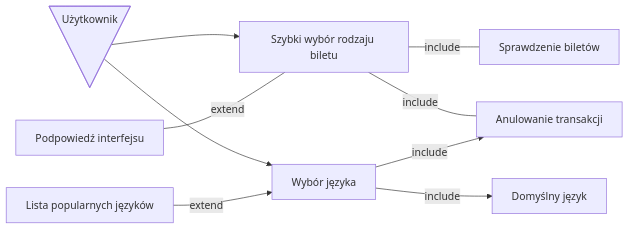
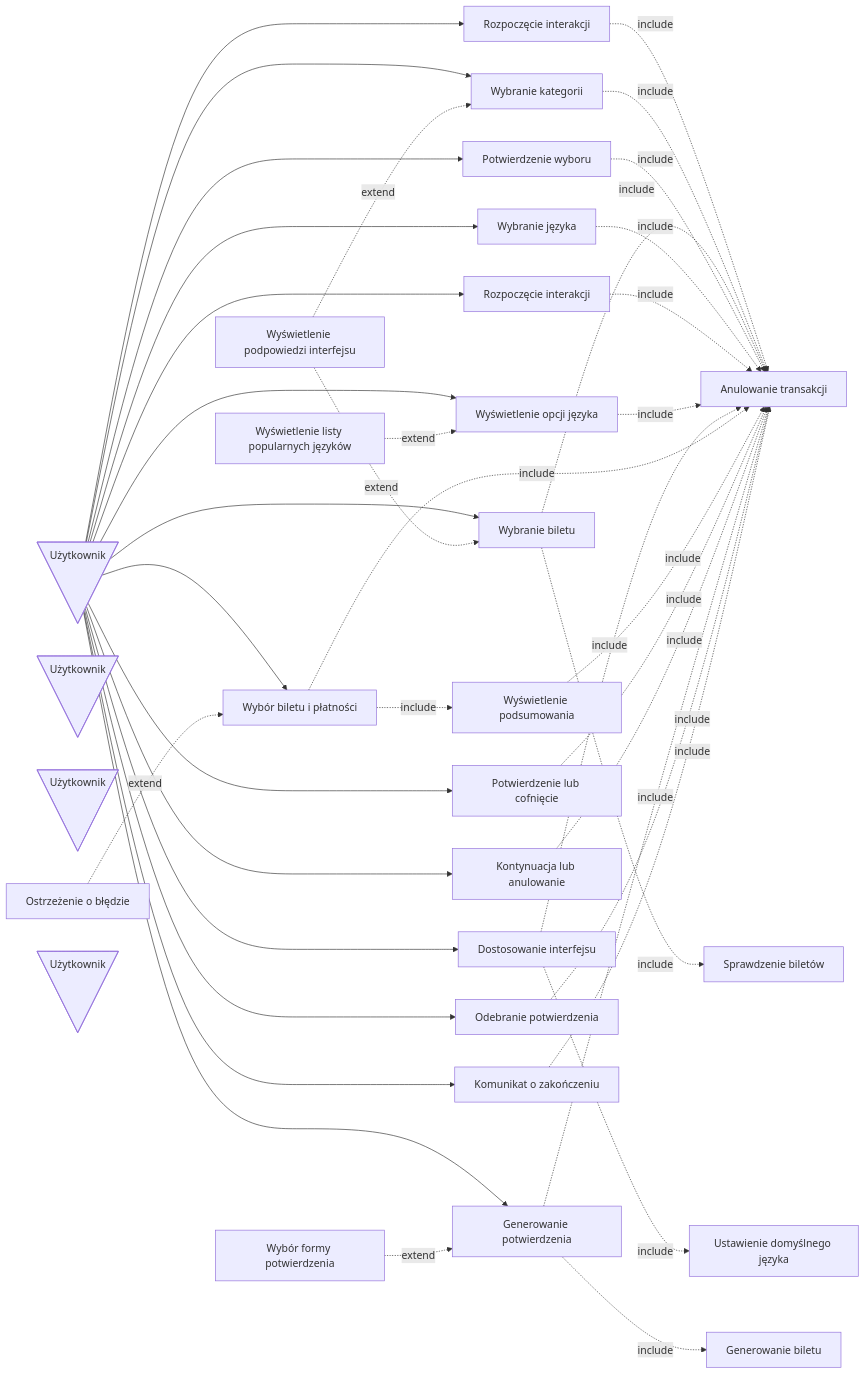
Before and after one commit to MarcinMarszewski/dowolna_nazwa: the second of 2 diagrams in userstories/user.md, drawn with Mermaid.

Commit message:
Update user.md DUŻY DIAGRAM

````diff
--- a/userstories/user.md
+++ b/userstories/user.md
@@ -103,19 +103,75 @@
 ```mermaid
 flowchart LR
   A@{ shape: manual-file, label: "Użytkownik" }
-  id1[Szybki wybór rodzaju biletu]
+  id1[Rozpoczęcie interakcji]
   id2[Sprawdzenie biletów]
   id3[Anulowanie transakcji]
-  id4[Podpowiedź interfejsu]
+  id4[Wyświetlenie podpowiedzi interfejsu]
+  id11[Wybranie kategorii]
+  id111[Wybranie biletu]
+  id1111[Potwierdzenie wyboru]
+
+  B@{ shape: manual-file, label: "Użytkownik" }
+  id5[Wybranie języka]
+  id6[Ustawienie domyślnego języka]
+  id8[Wyświetlenie listy popularnych języków]
+  id22[Rozpoczęcie interakcji]
+  id222[Wyświetlenie opcji języka]
+  id2222[Dostosowanie interfejsu]
+
+  C@{ shape: manual-file, label: "Użytkownik" }
+  uc1[Wybór biletu i płatności]
+  uc2[Wyświetlenie podsumowania]
+  uc3[Potwierdzenie lub cofnięcie]
+  uc4[Kontynuacja lub anulowanie]
+  uc7[Ostrzeżenie o błędzie]
+
+  D@{ shape: manual-file, label: "Użytkownik" }
+  u1[Generowanie potwierdzenia]
+  u2[Odebranie potwierdzenia]
+  u3[Komunikat o zakończeniu]
+  u5[Generowanie biletu]
+  u6[Wybór formy potwierdzenia]
 
   A --> id1
-  id1-- include ---id2
-  id1-- include ---id3
-  id4-- extend ---id1
+  A --> id11
+  A --> id111
+  A --> id1111
+  id1-. include .-> id3
+  id11-. include .-> id3
+  id111-. include .-> id3
+  id1111-. include .-> id3
+  id111-. include .-> id2
+  id4-. extend .-> id11
+  id4-. extend .-> id111
+
   A --> id5;
-  id5[Wybór języka] --include--> id6;
-  id5 --include--> id3;
-  id8 --extend--> id5;
-  id6[Domyślny język];
-  id8[Lista popularnych języków];
+  A --> id22;
+  A --> id222;
+  A --> id2222;
+  id5-. include .-> id3
+  id22-. include .-> id3
+  id222-. include .-> id3
+  id2222-. include .-> id3
+  id2222-. include .-> id6
+  id8-. extend .-> id222
+
+  A --> uc1
+  A --> uc3
+  A --> uc4
+  uc1-. include .-> id3
+  uc2-. include .-> id3
+  uc3-. include .-> id3
+  uc4-. include .-> id3
+  uc1-. include .-> uc2
+  uc7-. extend .-> uc1
+
+  A --> u1
+  A --> u2
+  A --> u3
+  u1-. include .-> id3
+  u2-. include .-> id3
+  u3-. include .-> id3
+  u1-. include .-> u5
+  u6-. extend .-> u1
 ```
````
